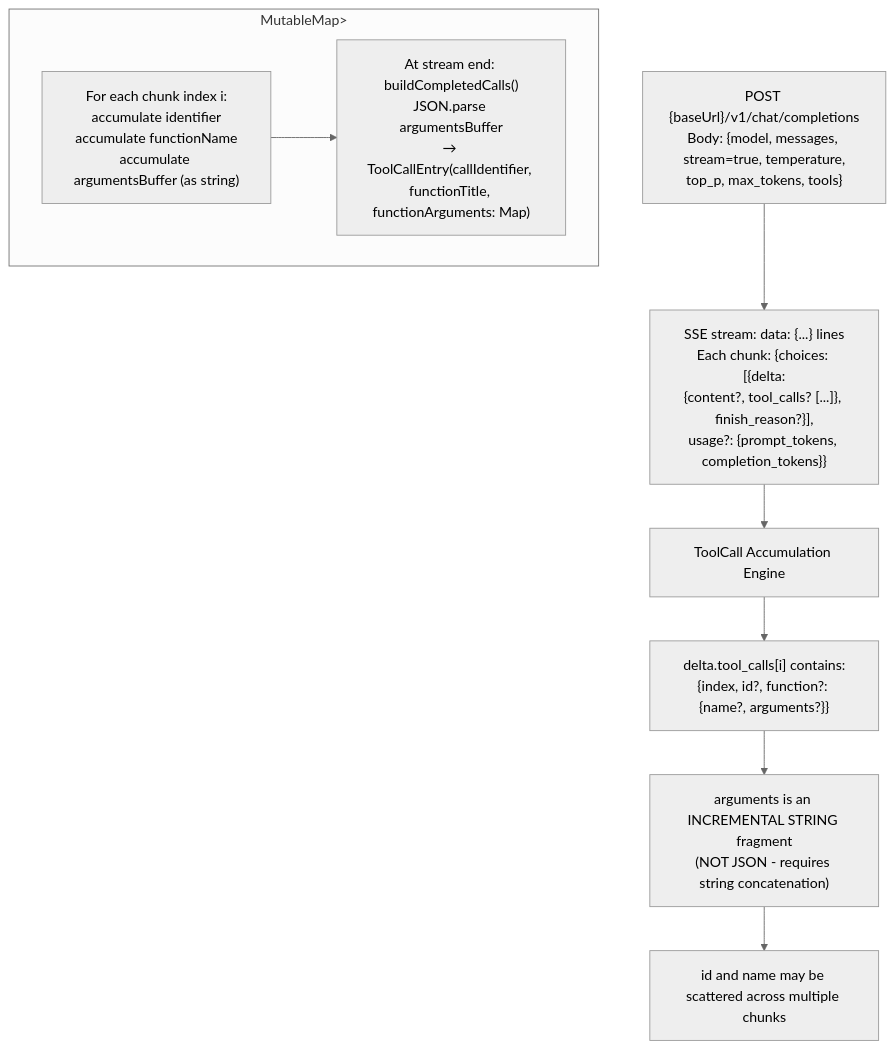
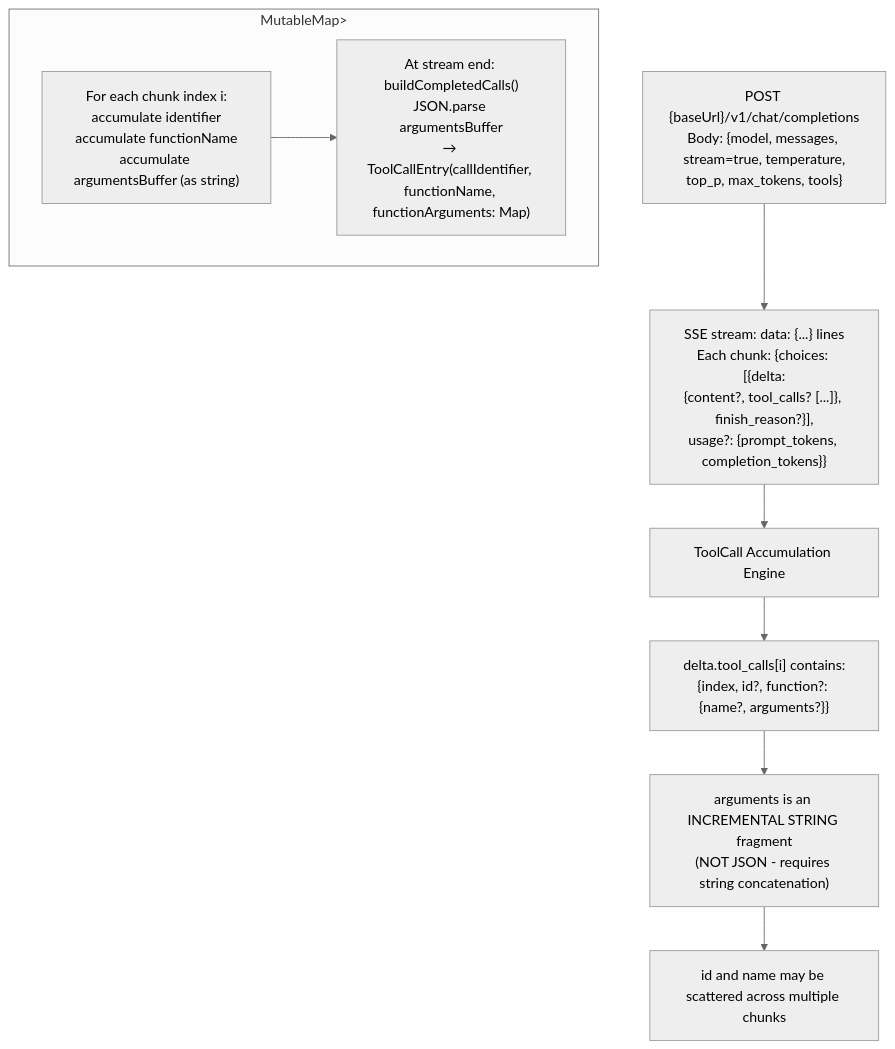
One commit to lg841226/Gradum changed diagram 17 of 27 in docs/ARCHITECTURE.md. Above: the diagram before and after it, drawn with Mermaid (neutral theme). The commit also changed 3 other files, not shown here.

First line of the commit message:
refactor: extract LLMClient helpers and rename ToolCallEntry.functionTitle

````diff
--- a/docs/ARCHITECTURE.md
+++ b/docs/ARCHITECTURE.md
@@ -957,14 +957,14 @@
 ```mermaid
 flowchart TD
     REQ["POST {baseUrl}/v1/chat/completions<br/>Body: {model, messages, stream=true, temperature,<br/>top_p, max_tokens, tools}"]
     REQ --> SSE["SSE stream: data: {...} lines<br/>Each chunk: {choices: [{delta:<br/>{content?, tool_calls? [...]}, finish_reason?}],<br/>usage?: {prompt_tokens, completion_tokens}}"]
     SSE --> ACCUM["ToolCall Accumulation Engine"]
     ACCUM --> SUB1["delta.tool_calls[i] contains:<br/>{index, id?, function?: {name?, arguments?}}"]
     SUB1 --> SUB2["arguments is an INCREMENTAL STRING fragment<br/>(NOT JSON - requires string concatenation)"]
     SUB2 --> SUB3["id and name may be scattered across multiple chunks"]
 
     subgraph ACC["MutableMap<Int, MutableMap<String, Any>>"]
         A["For each chunk index i:<br/>accumulate identifier<br/>accumulate functionName<br/>accumulate argumentsBuffer (as string)"]
-        A --> B["At stream end: buildCompletedCalls()<br/>JSON.parse argumentsBuffer<br/>→ ToolCallEntry(callIdentifier, functionTitle, functionArguments: Map)"]
+        A --> B["At stream end: buildCompletedCalls()<br/>JSON.parse argumentsBuffer<br/>→ ToolCallEntry(callIdentifier, functionName, functionArguments: Map)"]
     end
 ```
````
